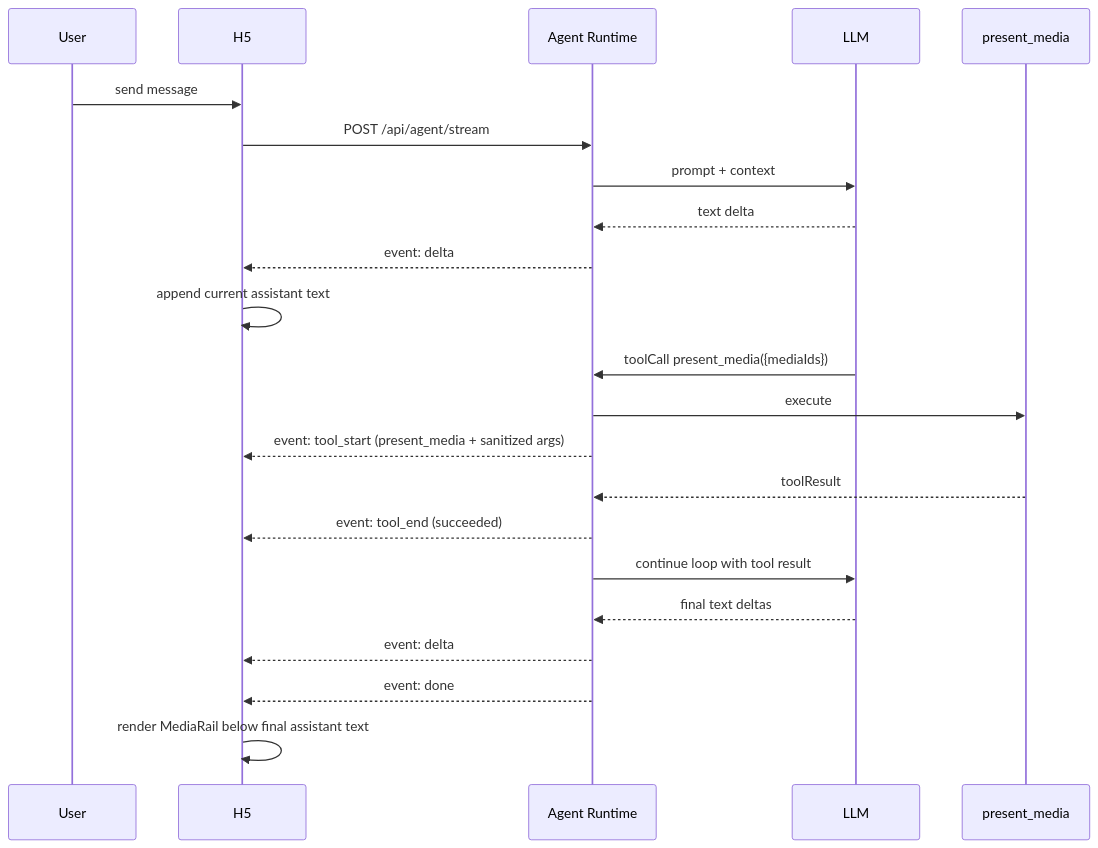
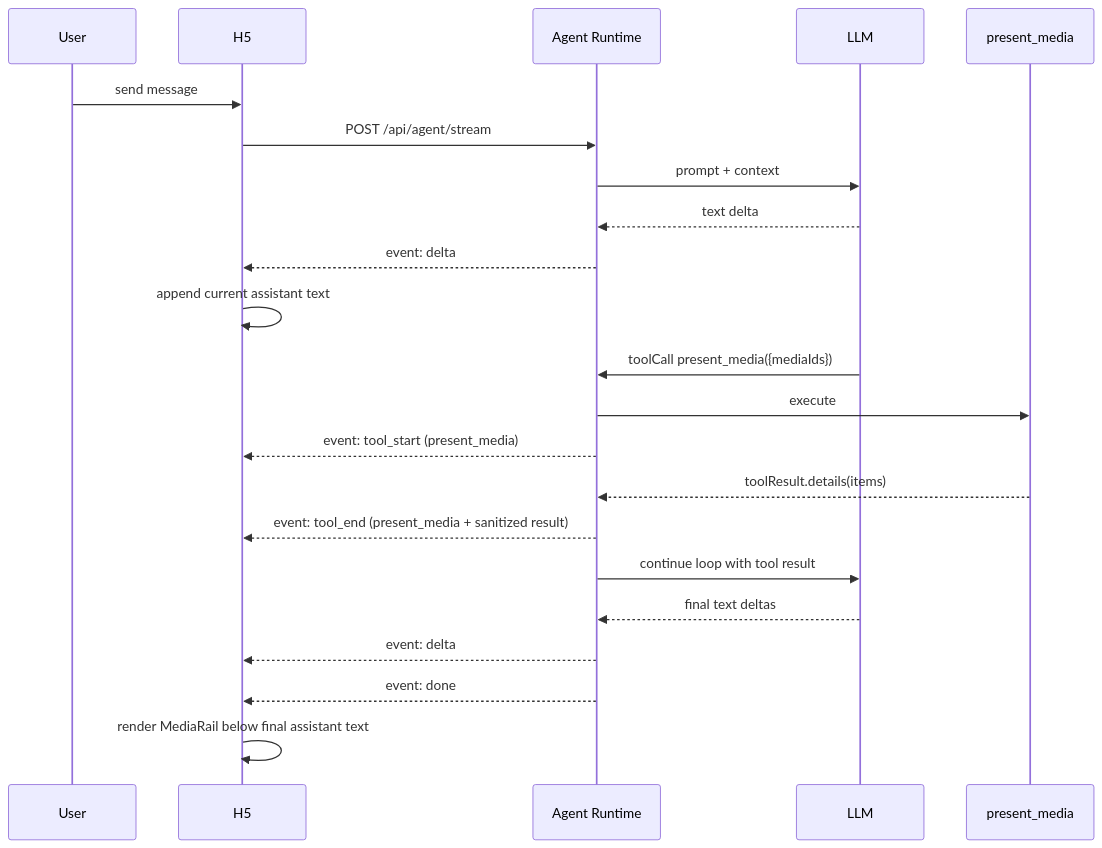
Before and after one commit to huiru-wang/fanto: the first of 2 diagrams in plan/2026-09-20-agent-media-presentation.md, drawn with Mermaid. The commit also changed other lines of this file and 31 other files, not shown here.

Commit message:
feat(agent): add media presentation flow

````diff
--- a/plan/2026-09-20-agent-media-presentation.md
+++ b/plan/2026-09-20-agent-media-presentation.md
@@ -246,29 +281,29 @@
 ```mermaid
 sequenceDiagram
   participant U as User
   participant H as H5
   participant A as Agent Runtime
   participant L as LLM
   participant T as present_media
 
   U->>H: send message
   H->>A: POST /api/agent/stream
   A->>L: prompt + context
 
   L-->>A: text delta
   A-->>H: event: delta
   H->>H: append current assistant text
 
   L->>A: toolCall present_media({mediaIds})
   A->>T: execute
-  A-->>H: event: tool_start (present_media + sanitized args)
-  T-->>A: toolResult
-  A-->>H: event: tool_end (succeeded)
+  A-->>H: event: tool_start (present_media)
+  T-->>A: toolResult.details(items)
+  A-->>H: event: tool_end (present_media + sanitized result)
 
   A->>L: continue loop with tool result
   L-->>A: final text deltas
   A-->>H: event: delta
 
   A-->>H: event: done
   H->>H: render MediaRail below final assistant text
 ```
````
